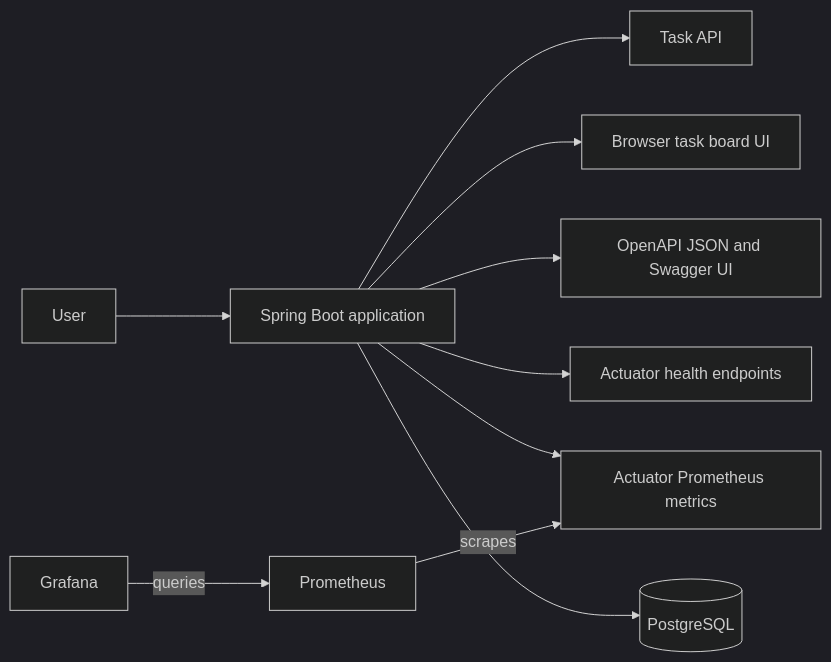
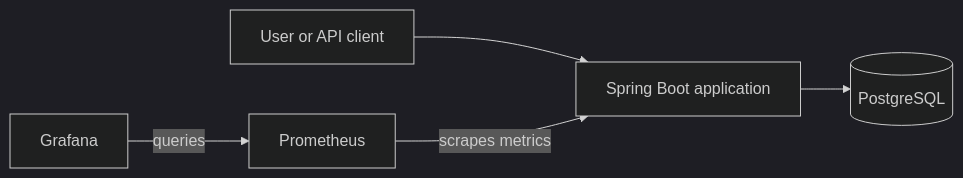
Before and after one commit to istvandezsi/java-cloud-platform-lab: the first of 9 diagrams in docs/architecture.md, drawn with Mermaid (dark theme). The commit also changed other lines of this file and 2 other files, not shown here.

Commit message:
Add final architecture and operations documentation

````diff
--- a/docs/architecture.md
+++ b/docs/architecture.md
@@ -36,14 +36,13 @@
 ```mermaid
 flowchart LR
-    User[User] --> App[Spring Boot application]
+    User[User or API client]
+    Application[Spring Boot application]
+    Database[(PostgreSQL)]
+    Prometheus[Prometheus]
+    Grafana[Grafana]
 
-    App --> Api[Task API]
-    App --> Ui[Browser task board UI]
-    App --> OpenApi[OpenAPI JSON and Swagger UI]
-    App --> Health[Actuator health endpoints]
-    App --> Metrics[Actuator Prometheus metrics]
-    App --> Database[(PostgreSQL)]
-
-    Prometheus[Prometheus] -->|scrapes| Metrics
-    Grafana[Grafana] -->|queries| Prometheus
+    User --> Application
+    Application --> Database
+    Prometheus -->|scrapes metrics| Application
+    Grafana -->|queries| Prometheus
 ```
````
